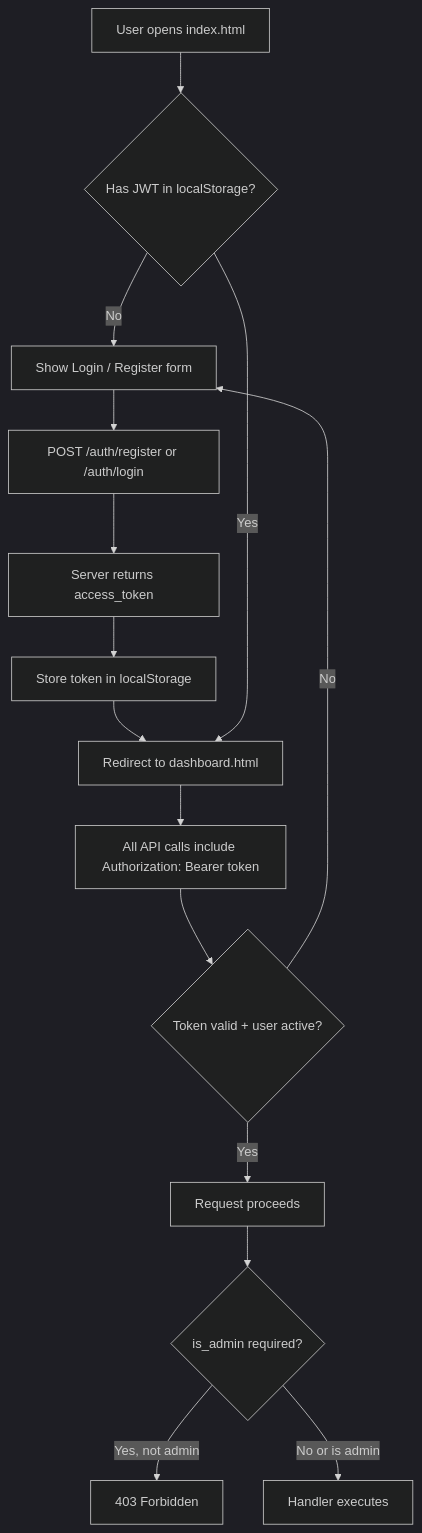
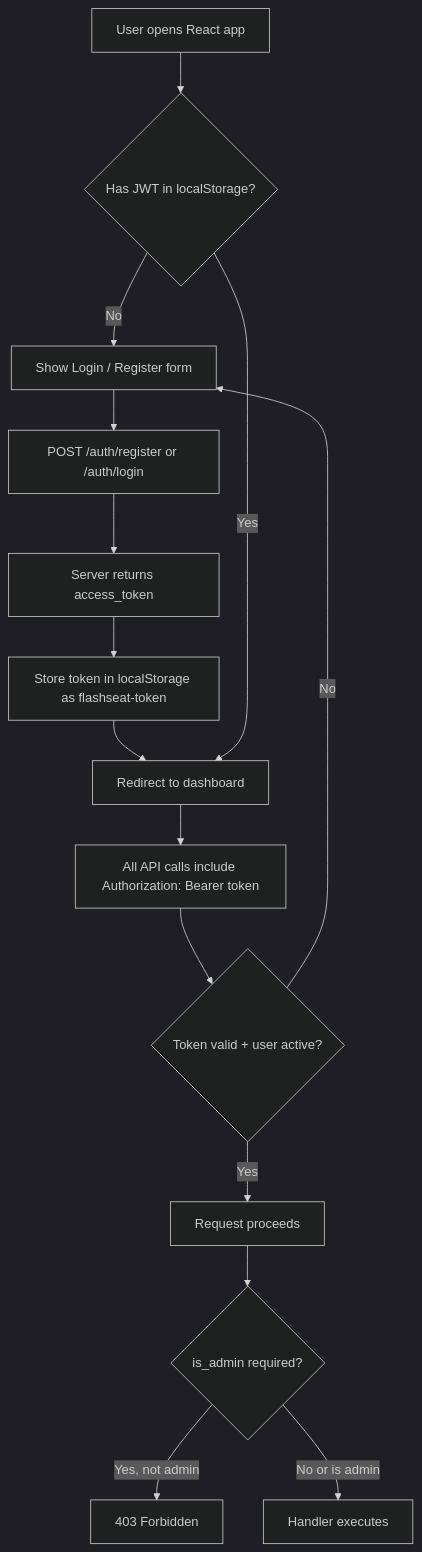
One commit to Shailendra0801/FlashSeat changed the third of 4 diagrams in README.md. Above: the diagram before and after it, drawn with Mermaid (dark theme). The commit also changed other lines of this file, not shown here.

````diff
--- a/README.md
+++ b/README.md
@@ -454,17 +518,17 @@
 ```mermaid
 flowchart TD
-    A[User opens index.html] --> B{Has JWT in localStorage?}
+    A[User opens React app] --> B{Has JWT in localStorage?}
     B -- No --> C[Show Login / Register form]
     C --> D[POST /auth/register or /auth/login]
     D --> E[Server returns access_token]
-    E --> F[Store token in localStorage]
-    F --> G[Redirect to dashboard.html]
+    E --> F[Store token in localStorage as flashseat-token]
+    F --> G[Redirect to dashboard]
     B -- Yes --> G
     G --> H[All API calls include Authorization: Bearer token]
     H --> I{Token valid + user active?}
     I -- No --> C
     I -- Yes --> J[Request proceeds]
     J --> K{is_admin required?}
     K -- Yes, not admin --> L[403 Forbidden]
     K -- No or is admin --> M[Handler executes]
 ```
````
